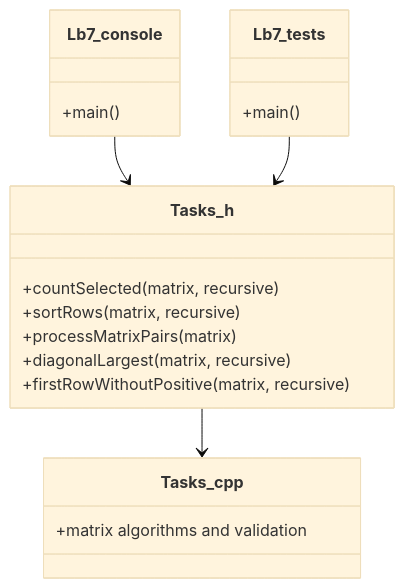
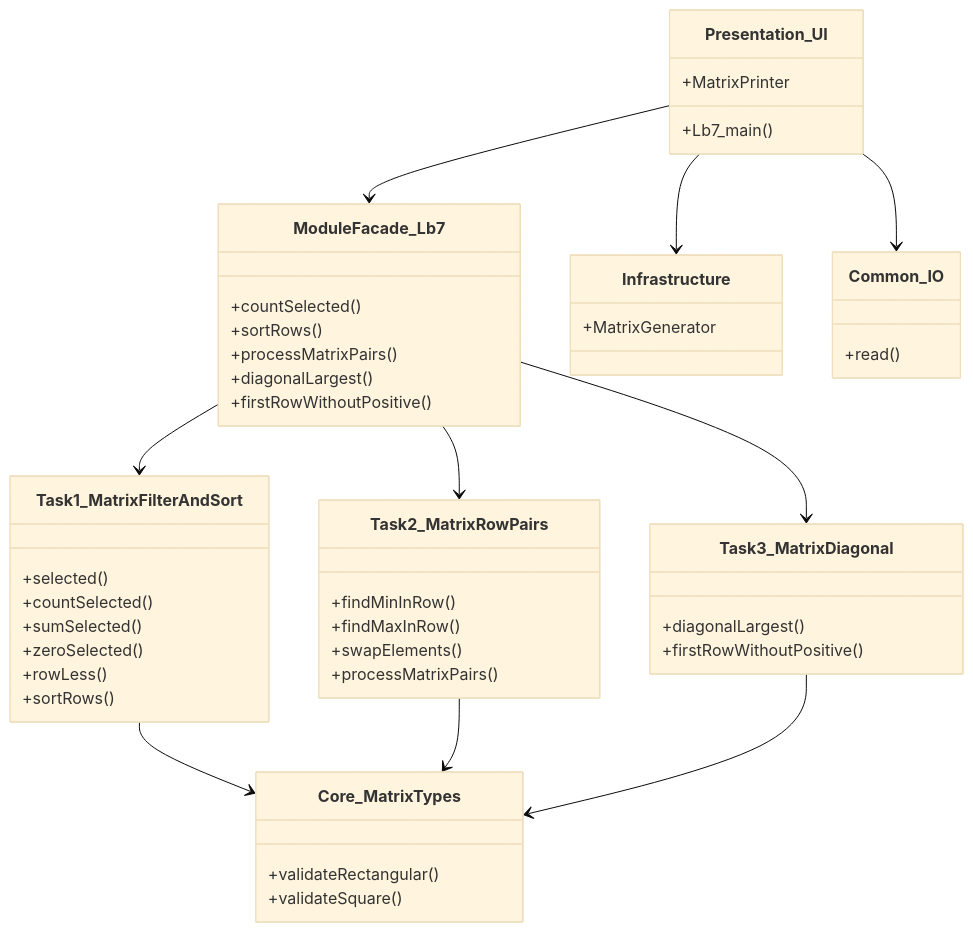
One commit to lviv-polytech/alg-cpp-labs changed the third of 3 diagrams in Lb7/README.md. Above: the diagram before and after it, drawn with Mermaid (base theme). The commit also changed 3 other files, not shown here.

Commit message:
docs: update module README architecture diagrams for labs 4 to 7

````diff
--- a/Lb7/README.md
+++ b/Lb7/README.md
@@ -46,22 +46,52 @@
 ```mermaid
 classDiagram
-    class Tasks_h {
-      +countSelected(matrix, recursive)
-      +sortRows(matrix, recursive)
-      +processMatrixPairs(matrix)
-      +diagonalLargest(matrix, recursive)
-      +firstRowWithoutPositive(matrix, recursive)
+    class Presentation_UI {
+        +Lb7_main()
+        +MatrixPrinter
     }
-    class Tasks_cpp {
-      +matrix algorithms and validation
+    class ModuleFacade_Lb7 {
+        +countSelected()
+        +sortRows()
+        +processMatrixPairs()
+        +diagonalLargest()
+        +firstRowWithoutPositive()
     }
-    class Lb7_console {
-      +main()
+    class Core_MatrixTypes {
+        +validateRectangular()
+        +validateSquare()
     }
-    class Lb7_tests {
-      +main()
+    class Infrastructure {
+        +MatrixGenerator
     }
-    Lb7_console --> Tasks_h
-    Lb7_tests --> Tasks_h
-    Tasks_h --> Tasks_cpp
+    class Task1_MatrixFilterAndSort {
+        +selected()
+        +countSelected()
+        +sumSelected()
+        +zeroSelected()
+        +rowLess()
+        +sortRows()
+    }
+    class Task2_MatrixRowPairs {
+        +findMinInRow()
+        +findMaxInRow()
+        +swapElements()
+        +processMatrixPairs()
+    }
+    class Task3_MatrixDiagonal {
+        +diagonalLargest()
+        +firstRowWithoutPositive()
+    }
+    class Common_IO {
+        +read()
+    }
+
+    Presentation_UI --> ModuleFacade_Lb7
+    Presentation_UI --> Common_IO
+    Presentation_UI --> Infrastructure
+    ModuleFacade_Lb7 --> Task1_MatrixFilterAndSort
+    ModuleFacade_Lb7 --> Task2_MatrixRowPairs
+    ModuleFacade_Lb7 --> Task3_MatrixDiagonal
+    Task1_MatrixFilterAndSort --> Core_MatrixTypes
+    Task2_MatrixRowPairs --> Core_MatrixTypes
+    Task3_MatrixDiagonal --> Core_MatrixTypes
 ```
````
